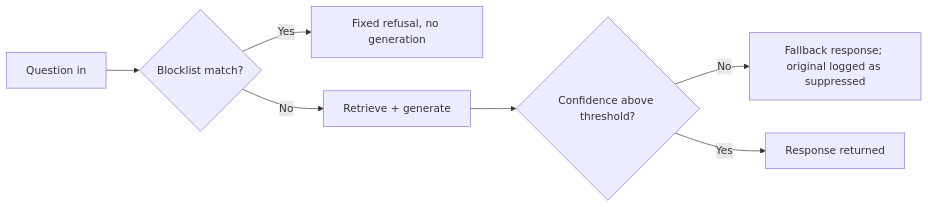
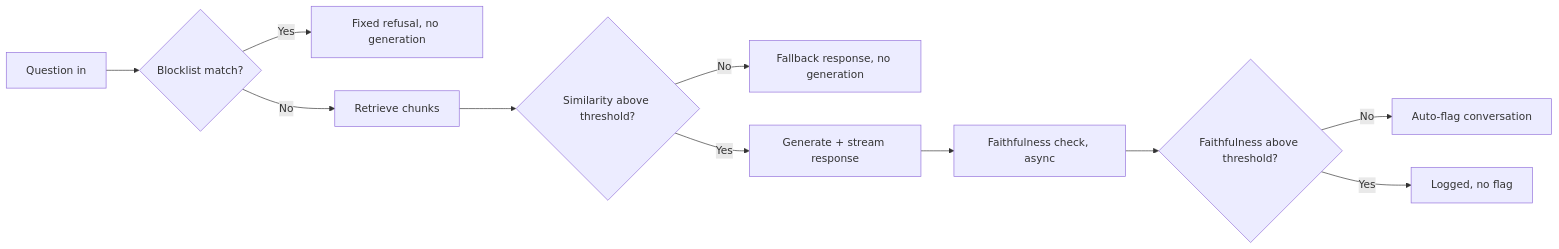
The second of 4 diagrams in docs/project-scope.md (Kunal-Kumar01/Governed-Agent-Platform), drawn with Mermaid before and after one commit. The commit also changed other lines of this file, not shown here.

````diff
--- a/docs/project-scope.md
+++ b/docs/project-scope.md
@@ -182,9 +187,13 @@
 ```mermaid
 flowchart LR
   A[Question in] --> B{Blocklist match?}
   B -->|Yes| C[Fixed refusal, no generation]
-  B -->|No| D[Retrieve + generate]
-  D --> E{Confidence above threshold?}
-  E -->|No| F[Fallback response; original logged as suppressed]
-  E -->|Yes| G[Response returned]
+  B -->|No| D[Retrieve chunks]
+  D --> E{Similarity above threshold?}
+  E -->|No| F[Fallback response, no generation]
+  E -->|Yes| G[Generate + stream response]
+  G --> H[Faithfulness check, async]
+  H --> I{Faithfulness above threshold?}
+  I -->|No| J[Auto-flag conversation]
+  I -->|Yes| K[Logged, no flag]
 ```
````
